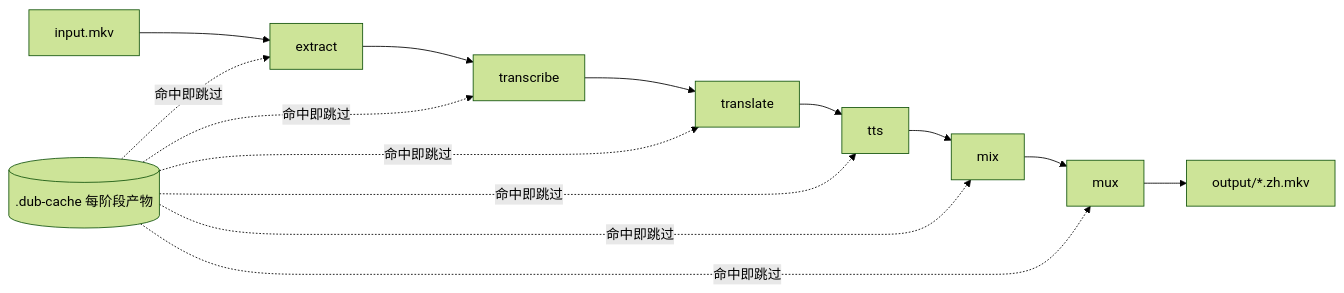
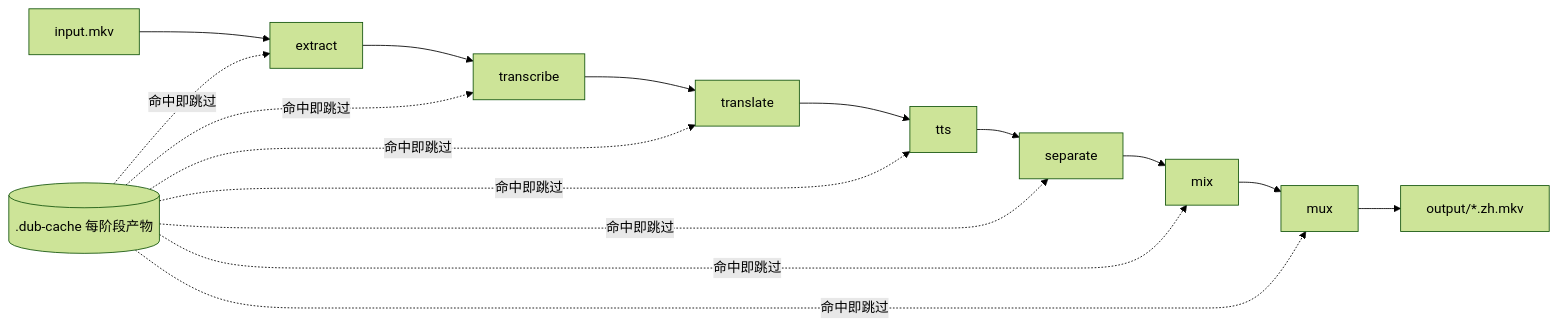
One commit to leoricmaster/dub changed the diagram in docs/ARCHITECTURE.md. Above: the diagram before and after it, drawn with Mermaid (forest theme). The commit also changed other lines of this file and 20 other files, not shown here.

````diff
--- a/docs/ARCHITECTURE.md
+++ b/docs/ARCHITECTURE.md
@@ -7,5 +7,5 @@
 ```mermaid
 flowchart LR
-  MKV[input.mkv] --> EX[extract] --> TR[transcribe] --> TL[translate] --> TTS[tts] --> MX[mix] --> MUX[mux] --> OUT[output/*.zh.mkv]
-  C[(.dub-cache 每阶段产物)] -.命中即跳过.-> EX & TR & TL & TTS & MX & MUX
+  MKV[input.mkv] --> EX[extract] --> TR[transcribe] --> TL[translate] --> TTS[tts] --> SEP[separate] --> MX[mix] --> MUX[mux] --> OUT[output/*.zh.mkv]
+  C[(.dub-cache 每阶段产物)] -.命中即跳过.-> EX & TR & TL & TTS & SEP & MX & MUX
 ```
````
